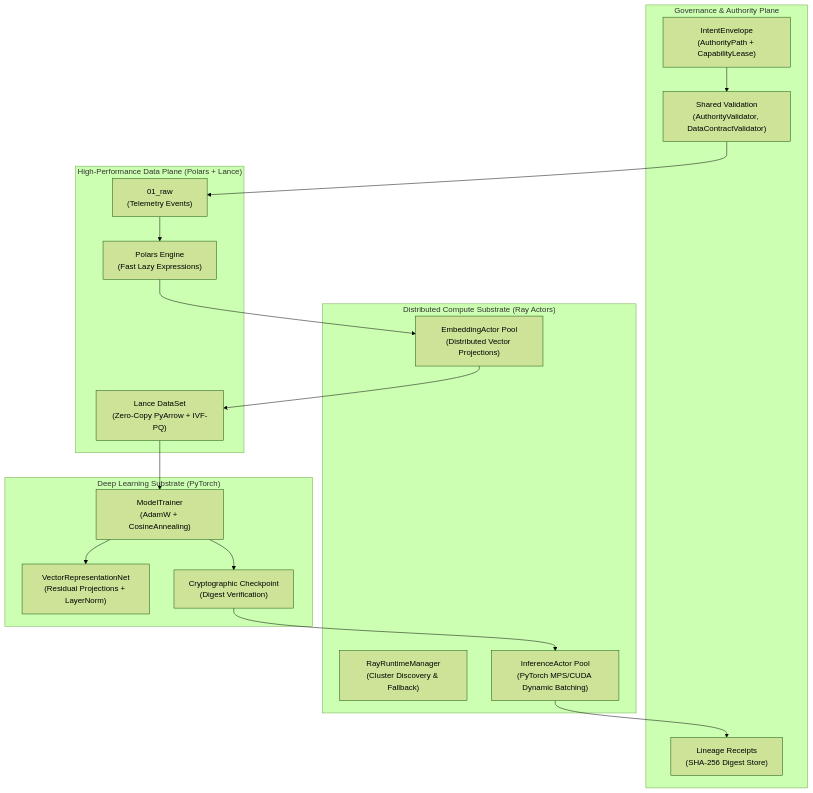
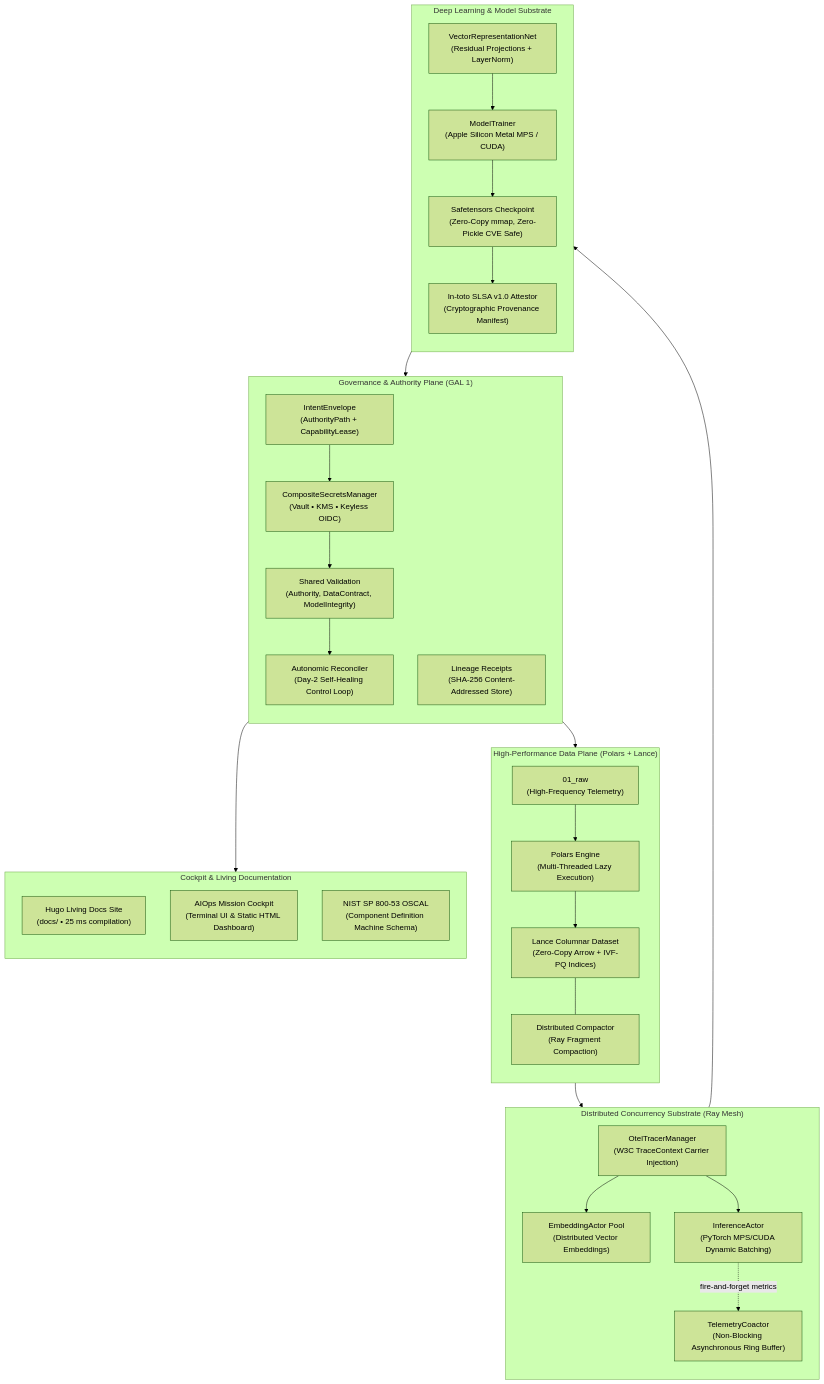
One commit to ckodex-labs/ckodex-ai-project-template changed the diagram in README.md. Above: the diagram before and after it, drawn with Mermaid (forest theme). The commit also changed other lines of this file and 16 other files, not shown here.

Commit message:
feat(reconciler): add autonomic day-2 reconciler, in-toto slsa attestation, oscal, and mission cockpit

````diff
--- a/README.md
+++ b/README.md
@@ -19,37 +21,55 @@
 ```mermaid
 flowchart TD
-    subgraph Governance ["Governance & Authority Plane"]
+    subgraph Governance ["Governance & Authority Plane (GAL 1)"]
+        direction TB
         Intent["IntentEnvelope<br/>(AuthorityPath + CapabilityLease)"]
-        Validation["Shared Validation<br/>(AuthorityValidator, DataContractValidator)"]
-        Receipts["Lineage Receipts<br/>(SHA-256 Digest Store)"]
+        SecMgr["CompositeSecretsManager<br/>(Vault • KMS • Keyless OIDC)"]
+        Val["Shared Validation<br/>(Authority, DataContract, ModelIntegrity)"]
+        Reconciler["Autonomic Reconciler<br/>(Day-2 Self-Healing Control Loop)"]
+        Receipts["Lineage Receipts<br/>(SHA-256 Content-Addressed Store)"]
+        Intent --> SecMgr --> Val --> Reconciler
     end
 
     subgraph DataPlane ["High-Performance Data Plane (Polars + Lance)"]
-        Raw["01_raw<br/>(Telemetry Events)"]
-        PolarsClean["Polars Engine<br/>(Fast Lazy Expressions)"]
-        LanceCatalog["Lance DataSet<br/>(Zero-Copy PyArrow + IVF-PQ)"]
+        direction TB
+        Raw["01_raw<br/>(High-Frequency Telemetry)"]
+        PolarsClean["Polars Engine<br/>(Multi-Threaded Lazy Execution)"]
+        LanceCatalog["Lance Columnar Dataset<br/>(Zero-Copy Arrow + IVF-PQ Indices)"]
+        Compactor["Distributed Compactor<br/>(Ray Fragment Compaction)"]
+        Raw --> PolarsClean --> LanceCatalog
+        LanceCatalog --- Compactor
     end
 
-    subgraph ComputePlane ["Distributed Compute Substrate (Ray Actors)"]
-        RayManager["RayRuntimeManager<br/>(Cluster Discovery & Fallback)"]
-        EmbeddingPool["EmbeddingActor Pool<br/>(Distributed Vector Projections)"]
-        InferencePool["InferenceActor Pool<br/>(PyTorch MPS/CUDA Dynamic Batching)"]
+    subgraph ComputePlane ["Distributed Concurrency Substrate (Ray Mesh)"]
+        direction TB
+        OTEL["OtelTracerManager<br/>(W3C TraceContext Carrier Injection)"]
+        EmbeddingPool["EmbeddingActor Pool<br/>(Distributed Vector Embeddings)"]
+        InfActor["InferenceActor<br/>(PyTorch MPS/CUDA Dynamic Batching)"]
+        CoActor["TelemetryCoactor<br/>(Non-Blocking Asynchronous Ring Buffer)"]
+        OTEL --> EmbeddingPool
+        OTEL --> InfActor
+        InfActor -.->|fire-and-forget metrics| CoActor
     end
 
-    subgraph MLPlane ["Deep Learning Substrate (PyTorch)"]
+    subgraph MLPlane ["Deep Learning & Model Substrate"]
+        direction TB
         Net["VectorRepresentationNet<br/>(Residual Projections + LayerNorm)"]
-        Trainer["ModelTrainer<br/>(AdamW + CosineAnnealing)"]
-        ModelArtifact["Cryptographic Checkpoint<br/>(Digest Verification)"]
+        Trainer["ModelTrainer<br/>(Apple Silicon Metal MPS / CUDA)"]
+        Checkpoint["Safetensors Checkpoint<br/>(Zero-Copy mmap, Zero-Pickle CVE Safe)"]
+        Attestor["In-toto SLSA v1.0 Attestor<br/>(Cryptographic Provenance Manifest)"]
+        Net --> Trainer --> Checkpoint --> Attestor
     end
 
-    Intent --> Validation
-    Validation --> Raw
-    Raw --> PolarsClean
-    PolarsClean --> EmbeddingPool
-    EmbeddingPool --> LanceCatalog
-    LanceCatalog --> Trainer
-    Trainer --> Net
-    Trainer --> ModelArtifact
-    ModelArtifact --> InferencePool
-    InferencePool --> Receipts
+    subgraph CockpitPlane ["Cockpit & Living Documentation"]
+        direction TB
+        HugoDocs["Hugo Living Docs Site<br/>(docs/ • 25 ms compilation)"]
+        Cockpit["AIOps Mission Cockpit<br/>(Terminal UI & Static HTML Dashboard)"]
+        OscalGen["NIST SP 800-53 OSCAL<br/>(Component Definition Machine Schema)"]
+    end
+
+    Governance --> DataPlane
+    DataPlane --> ComputePlane
+    ComputePlane --> MLPlane
+    MLPlane --> Receipts
+    Receipts --> CockpitPlane
 ```
````
